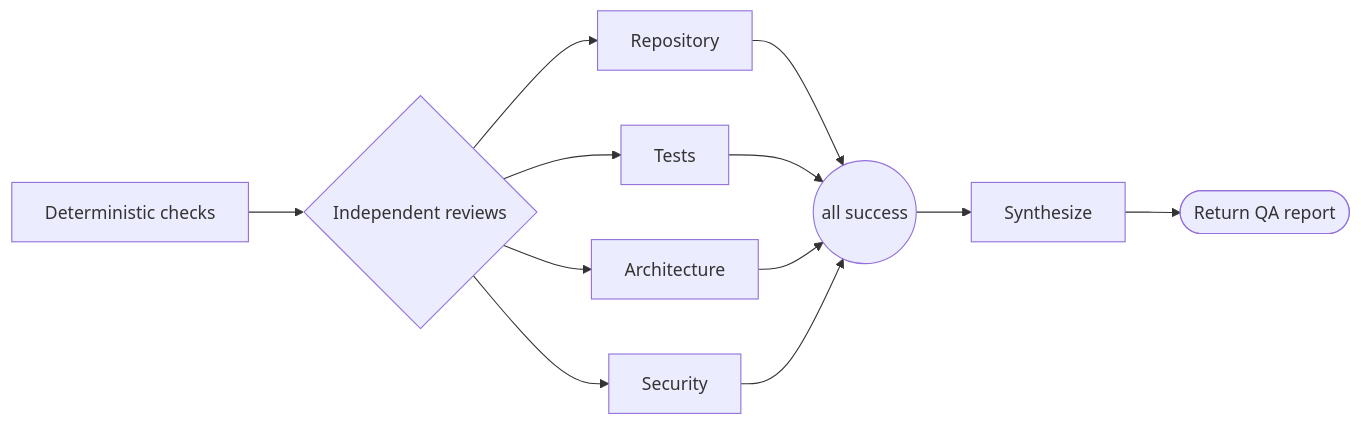
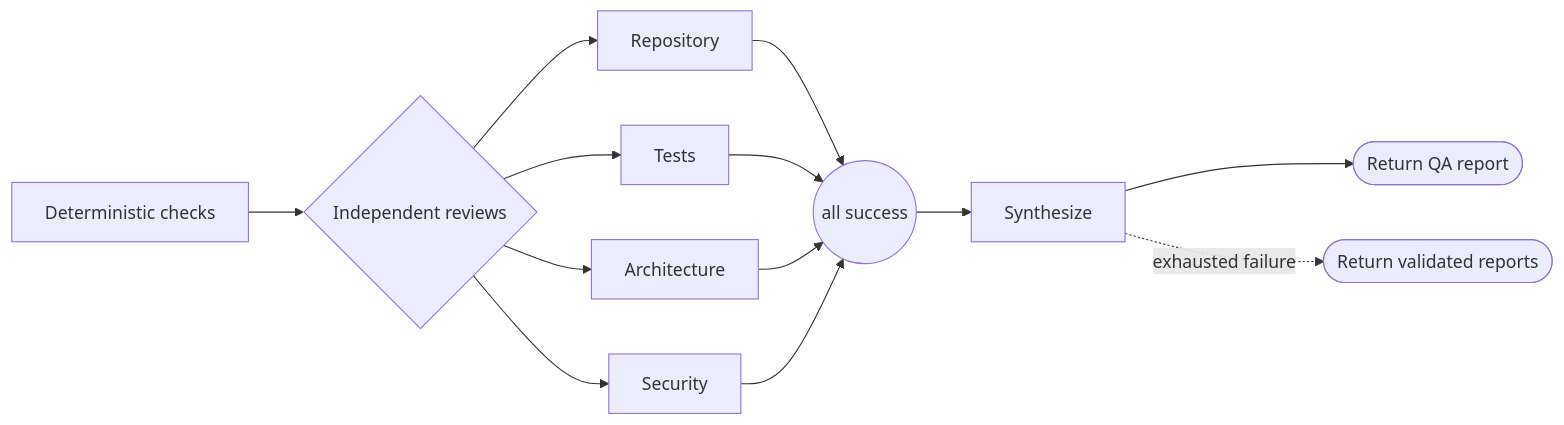
The diagram in modules/phenix-pi/definitions/workflows/sources/qa.workflow.md (matthis-k/phenix-agent-harness), drawn with Mermaid before and after one commit. The commit also changed other lines of this file and 9 other files, not shown here.

````diff
--- a/modules/phenix-pi/definitions/workflows/sources/qa.workflow.md
+++ b/modules/phenix-pi/definitions/workflows/sources/qa.workflow.md
@@ -16,14 +16,15 @@
 ```mermaid
 flowchart LR
     checks[Deterministic checks] --> fanout{Independent reviews}
     fanout --> repo[Repository]
     fanout --> tests[Tests]
     fanout --> architecture[Architecture]
     fanout --> security[Security]
     repo --> join((all success))
     tests --> join
     architecture --> join
     security --> join
     join --> synthesize[Synthesize]
     synthesize --> return([Return QA report])
+    synthesize -. exhausted failure .-> synthesisFallback([Return validated reports])
 ```
````
